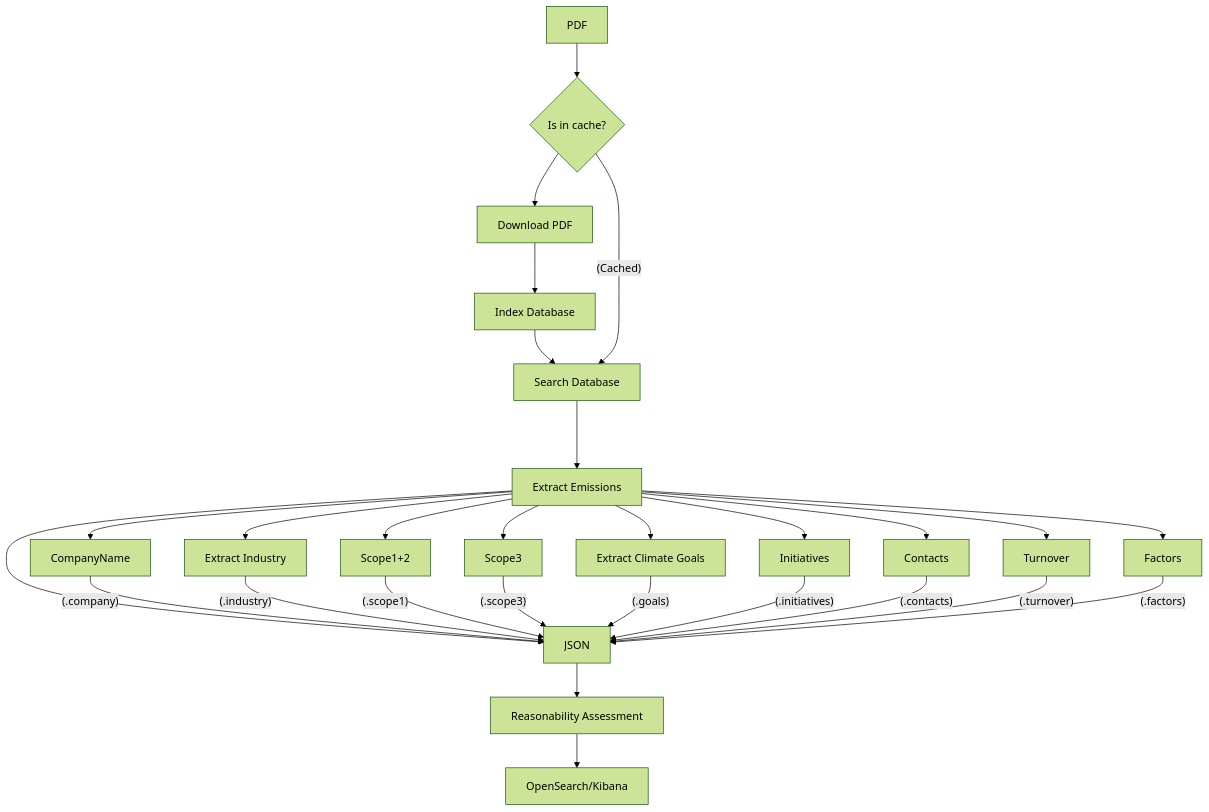
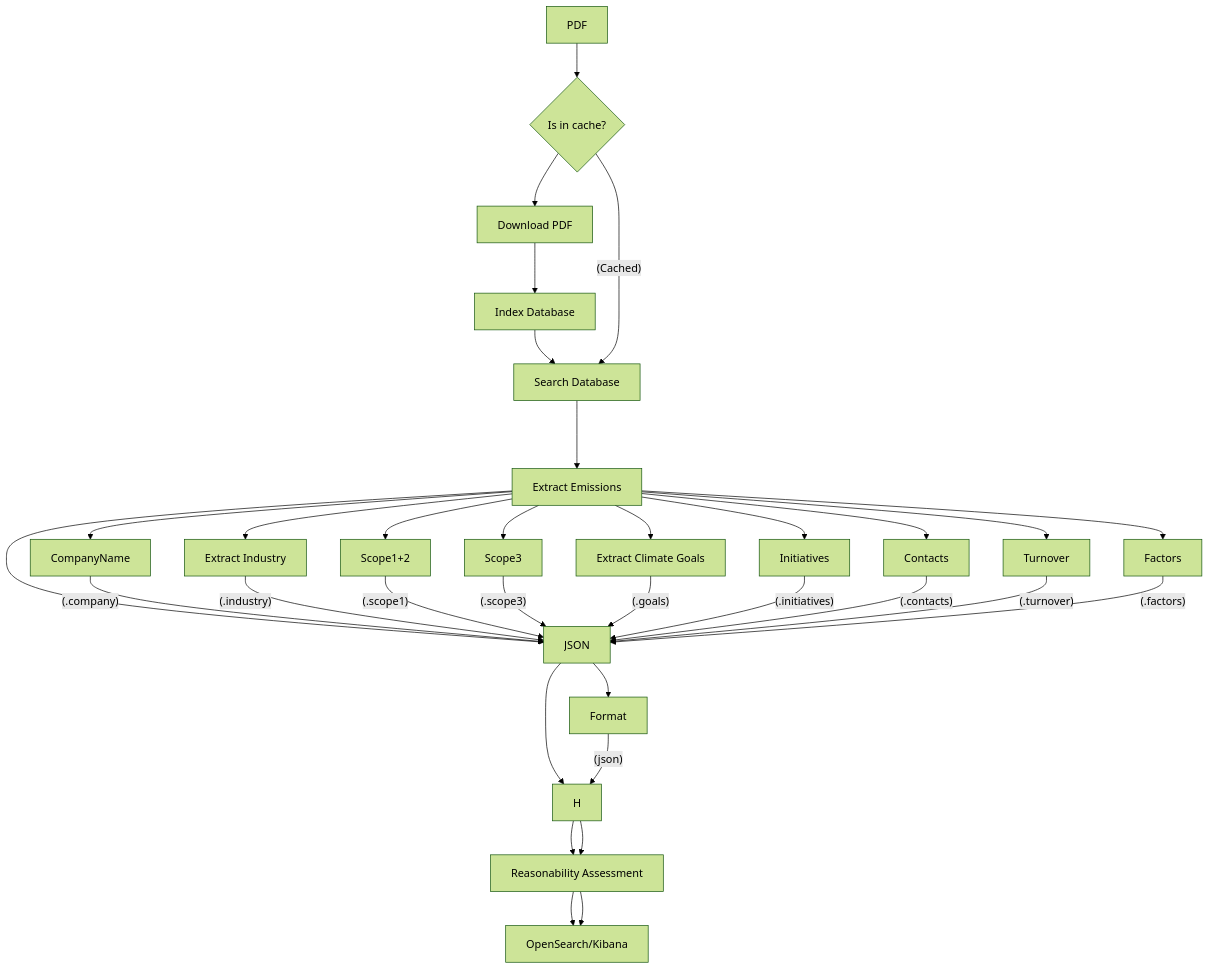
Before and after one commit to Klimatbyran/garbo: the diagram in README.md, drawn with Mermaid (forest theme).

````diff
--- a/README.md
+++ b/README.md
@@ -19,33 +19,36 @@
 ```mermaid
 flowchart TB
 
     A[PDF]
     B{Is in cache?}
     C[Download PDF]
     D[Index Database]
     E[Search Database]
     F[Extract Emissions]
     G[JSON]
 
     Industry[Extract Industry]
     Goals[Extract Climate Goals]
     Review[Reasonability Assessment]
 
 
     DB[OpenSearch/Kibana]
 
-    A --> B --> C --> D --> E ---> F ---> G
+    A --> B --> C --> D --> E ---> F ---> G ---> H
     B --(Cached)--> E
 
     F --> CompanyName --(.company)--> G
     F --> Industry --(.industry)--> G
     F --> Scope1+2 --(.scope1)--> G
     F --> Scope3 --(.scope3)--> G
     F --> Goals --(.goals)--> G
     F --> Initiatives --(.initiatives)--> G
     F --> Contacts --(.contacts)--> G
     F --> Turnover --(.turnover)--> G
     F --> Factors --(.factors)--> G
 
-    G --> Review --> DB
+    G --> Format --(json)--> H
+
+    H --> Review --> DB
+    H --> Review --> DB
 ```
````
